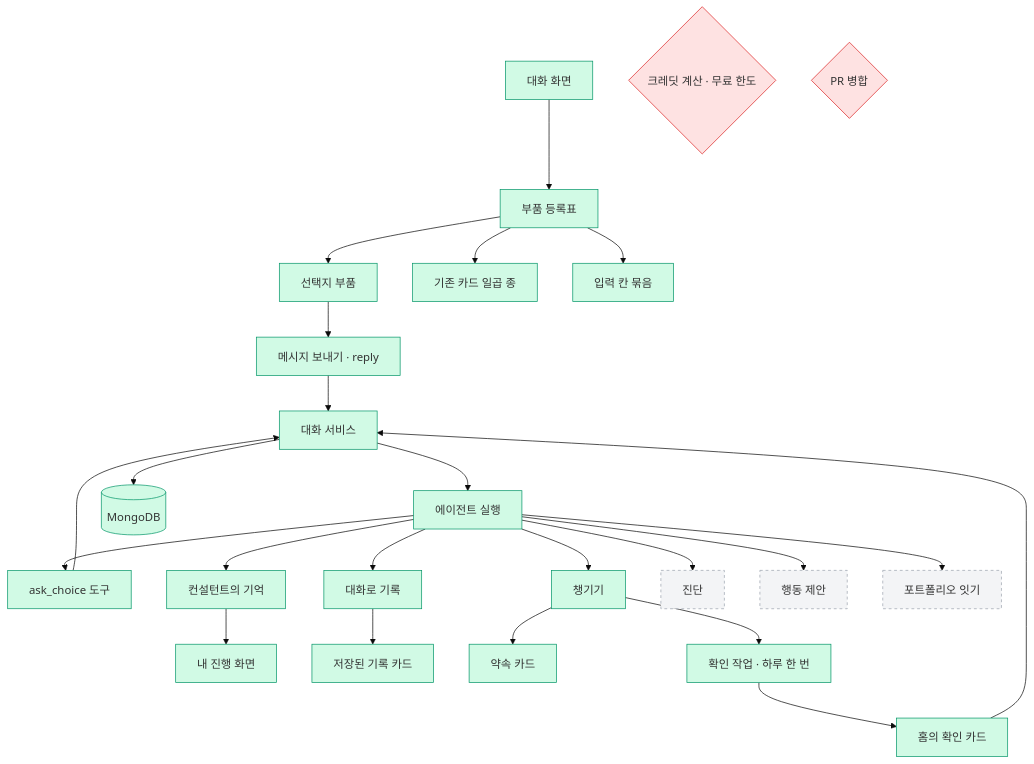
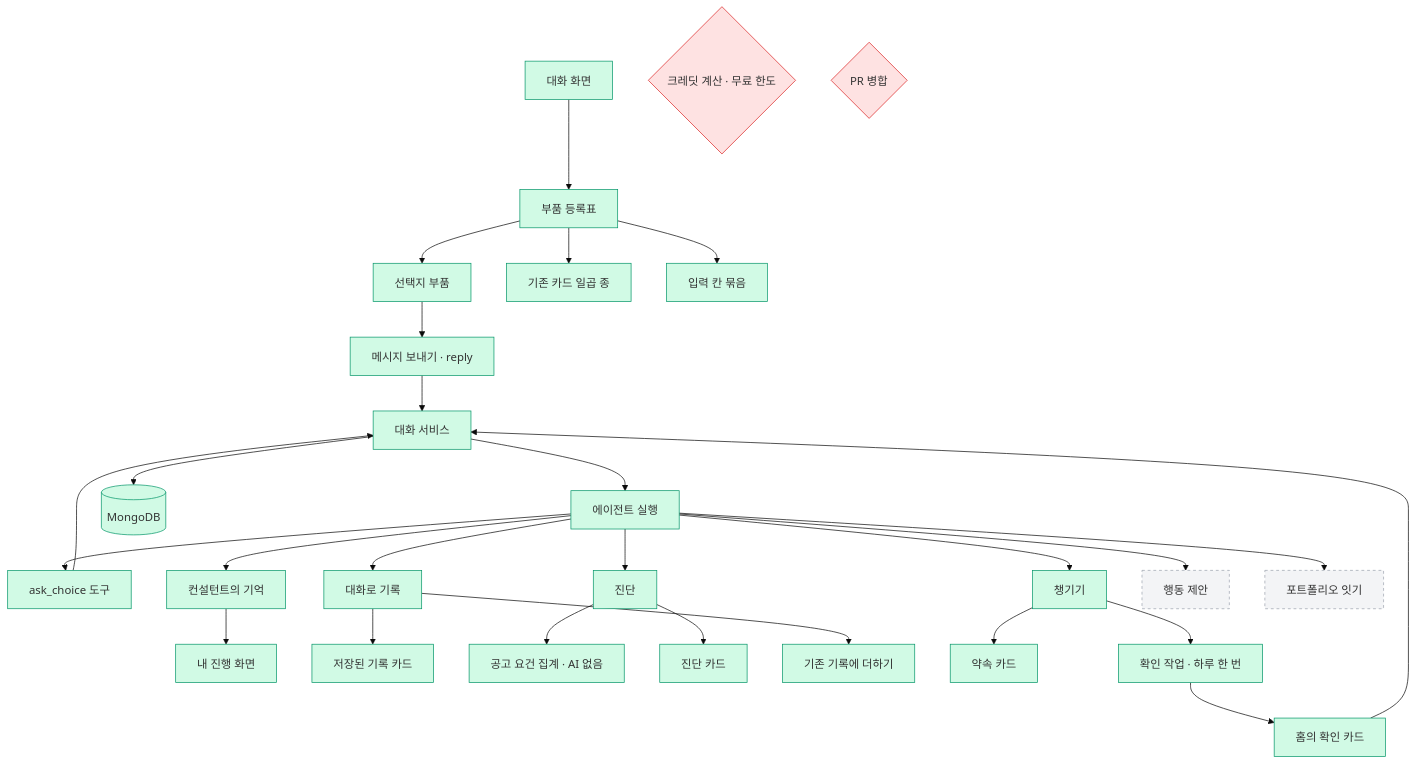
The diagram in .sitrep/sessions/20261120-0230-expresso-ai-consultant/arch.mmd (Expresso-Organization/expresso), drawn with Mermaid (base theme) before and after one commit. The commit also changed 7 other files, not shown here.

```diff
--- a/.sitrep/sessions/20261120-0230-expresso-ai-consultant/arch.mmd
+++ b/.sitrep/sessions/20261120-0230-expresso-ai-consultant/arch.mmd
@@ -1,32 +1,35 @@
 flowchart TD
   U[대화 화면] --> REG[부품 등록표]
   REG --> CH[선택지 부품]
   REG --> CARD[기존 카드 일곱 종]
   CH --> SEND[메시지 보내기 · reply]
   SEND --> SVC[대화 서비스]
   SVC --> RT[에이전트 실행]
   RT --> ASK[ask_choice 도구]
   ASK --> SVC
   RT --> MEM[컨설턴트의 기억]
   RT --> REC[대화로 기록]
   RT --> FU[챙기기]
   RT --> DG[진단]
   RT --> AC[행동 제안]
   RT --> PF[포트폴리오 잇기]
   SVC --> DB[(MongoDB)]
   CR{크레딧 계산 · 무료 한도}
   MG{PR 병합}
   classDef done fill:#d1fae5,stroke:#059669
   classDef doing fill:#fef3c7,stroke:#d97706
   classDef decide fill:#fee2e2,stroke:#dc2626
   classDef todo fill:#f3f4f6,stroke:#9ca3af,stroke-dasharray:4
   MEM --> PROG[내 진행 화면]
   REC --> SAVED[저장된 기록 카드]
   REG --> FORM[입력 칸 묶음]
+  DG --> DEMAND[공고 요건 집계 · AI 없음]
+  DG --> DCARD[진단 카드]
+  REC --> APPEND[기존 기록에 더하기]
   FU --> COMMIT[약속 카드]
   FU --> JOB[확인 작업 · 하루 한 번]
   JOB --> HOME[홈의 확인 카드]
   HOME --> SVC
-  class U,REG,CH,CARD,SEND,SVC,RT,ASK,DB,MEM,PROG,REC,SAVED,FORM,FU,COMMIT,JOB,HOME done
-  class DG,AC,PF todo
+  class U,REG,CH,CARD,SEND,SVC,RT,ASK,DB,MEM,PROG,REC,SAVED,FORM,FU,COMMIT,JOB,HOME,DG,DEMAND,DCARD,APPEND done
+  class AC,PF todo
   class CR,MG decide
```
